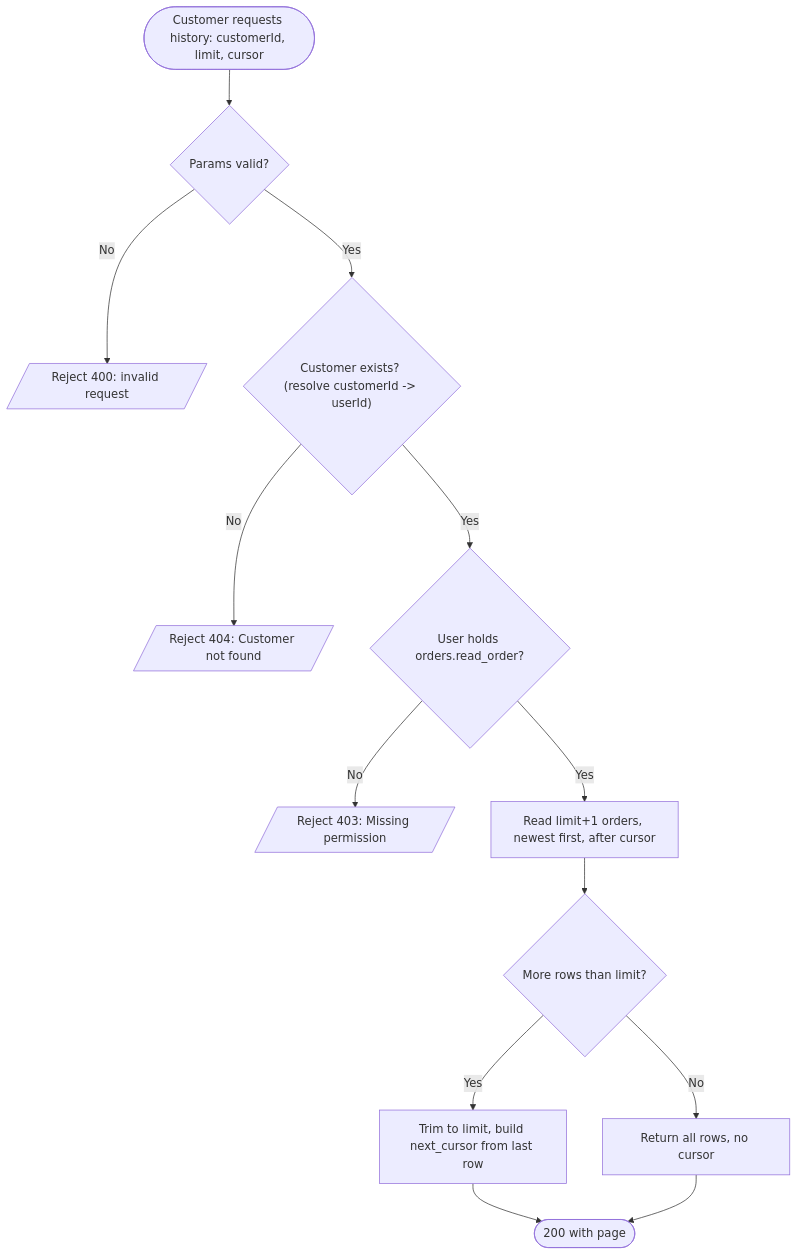
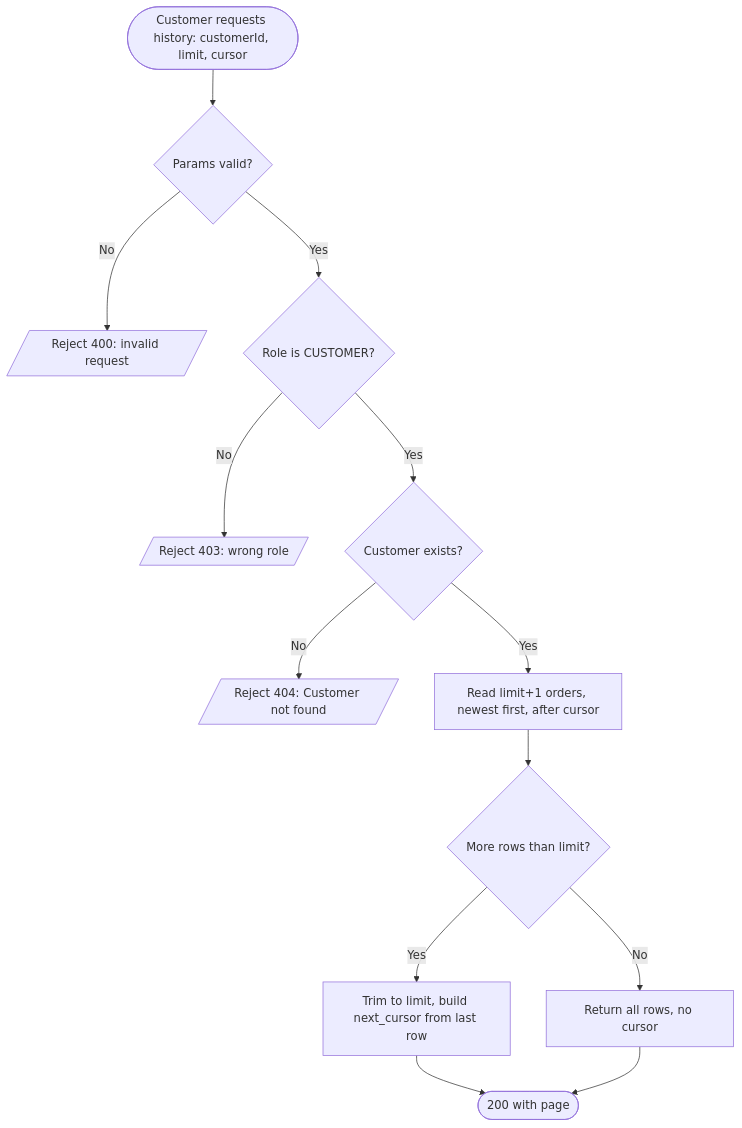
The first of 2 diagrams in restaurant/.docs/use-cases/order-management/view-order-history/view-order-history.md (msmohammed0077-cmd/mentorship-restaurant), drawn with Mermaid before and after one commit. The commit also changed other lines of this file and 14 other files, not shown here.

First line of the commit message:
Stop the cursor from swallowing orders, and drop the permission stub

````diff
--- a/restaurant/.docs/use-cases/order-management/view-order-history/view-order-history.md
+++ b/restaurant/.docs/use-cases/order-management/view-order-history/view-order-history.md
@@ -205,15 +201,15 @@
 ```mermaid
 flowchart TD
     Start([Customer requests history: customerId, limit, cursor]) --> Bind{"Params valid?"}
     Bind -- No --> Rej400[/Reject 400: invalid request/]
-    Bind -- Yes --> Exists{"Customer exists? (resolve customerId -> userId)"}
+    Bind -- Yes --> Role{"Role is CUSTOMER?"}
+    Role -- No --> Rej403[/Reject 403: wrong role/]
+    Role -- Yes --> Exists{Customer exists?}
     Exists -- No --> Rej404[/Reject 404: Customer not found/]
-    Exists -- Yes --> Perm{"User holds orders.read_order?"}
-    Perm -- No --> Rej403[/Reject 403: Missing permission/]
-    Perm -- Yes --> Read[Read limit+1 orders, newest first, after cursor]
+    Exists -- Yes --> Read[Read limit+1 orders, newest first, after cursor]
     Read --> More{"More rows than limit?"}
     More -- Yes --> WithCursor[Trim to limit, build next_cursor from last row]
     More -- No --> NoCursor[Return all rows, no cursor]
     WithCursor --> Done([200 with page])
     NoCursor --> Done
 ```
````
